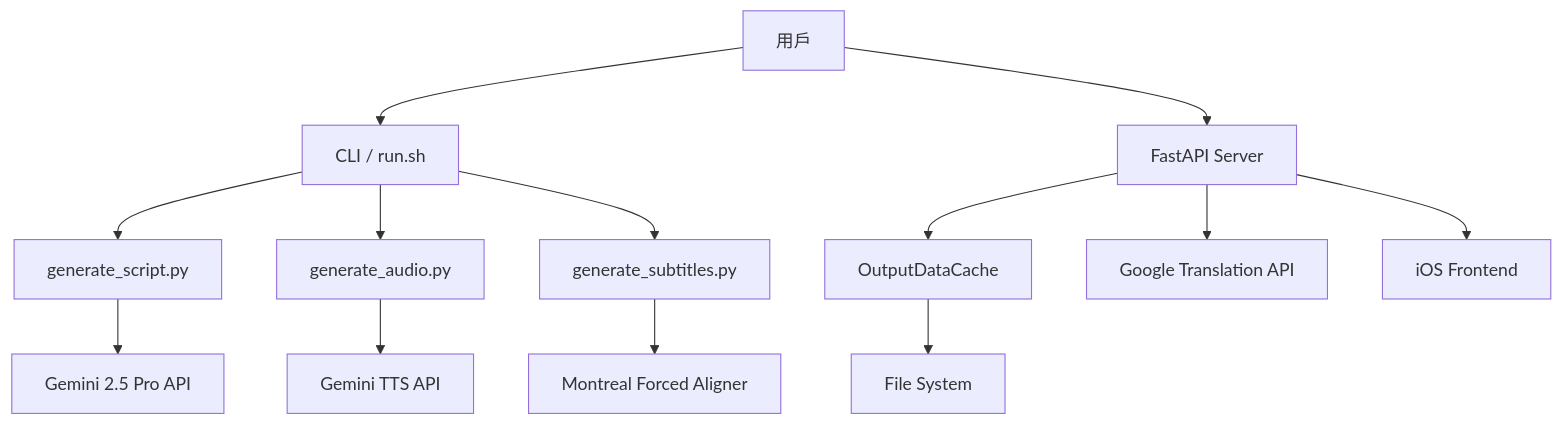
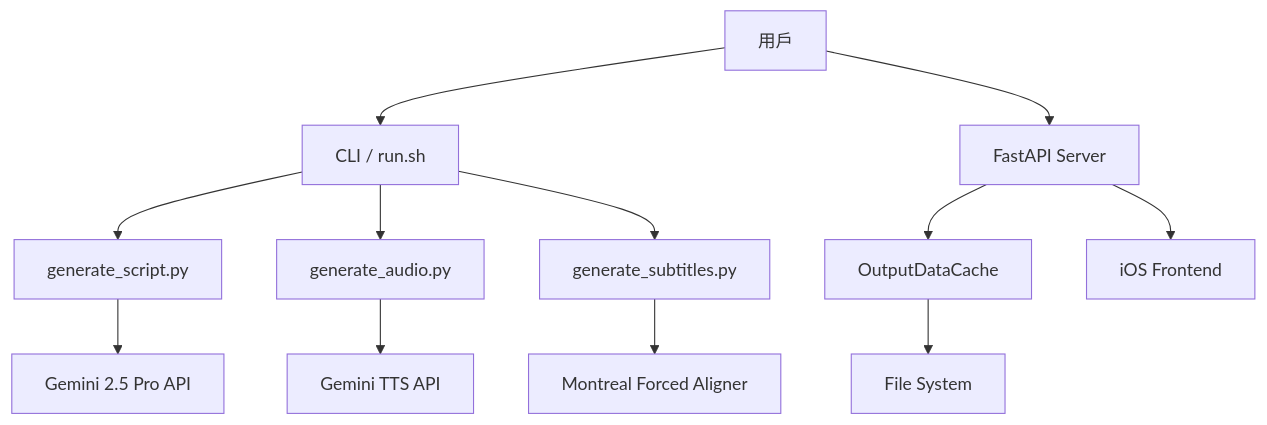
The diagram in docs/development/architecture.md (MaxChen228/storytelling-backend), drawn with Mermaid before and after one commit. The commit also changed other lines of this file and 15 other files, not shown here.

Commit message:
chore: remove translation API

````diff
--- a/docs/development/architecture.md
+++ b/docs/development/architecture.md
@@ -7,15 +7,14 @@
 ```mermaid
 graph TB
     User[用戶] --> CLI[CLI / run.sh]
     User --> API[FastAPI Server]
     CLI --> ScriptGen[generate_script.py]
     CLI --> AudioGen[generate_audio.py]
     CLI --> SubGen[generate_subtitles.py]
     ScriptGen --> Gemini[Gemini 2.5 Pro API]
     AudioGen --> GeminiTTS[Gemini TTS API]
     SubGen --> MFA[Montreal Forced Aligner]
     API --> Cache[OutputDataCache]
     Cache --> FileSystem[File System]
-    API --> Translation[Google Translation API]
     API --> Frontend[iOS Frontend]
 ```
````
